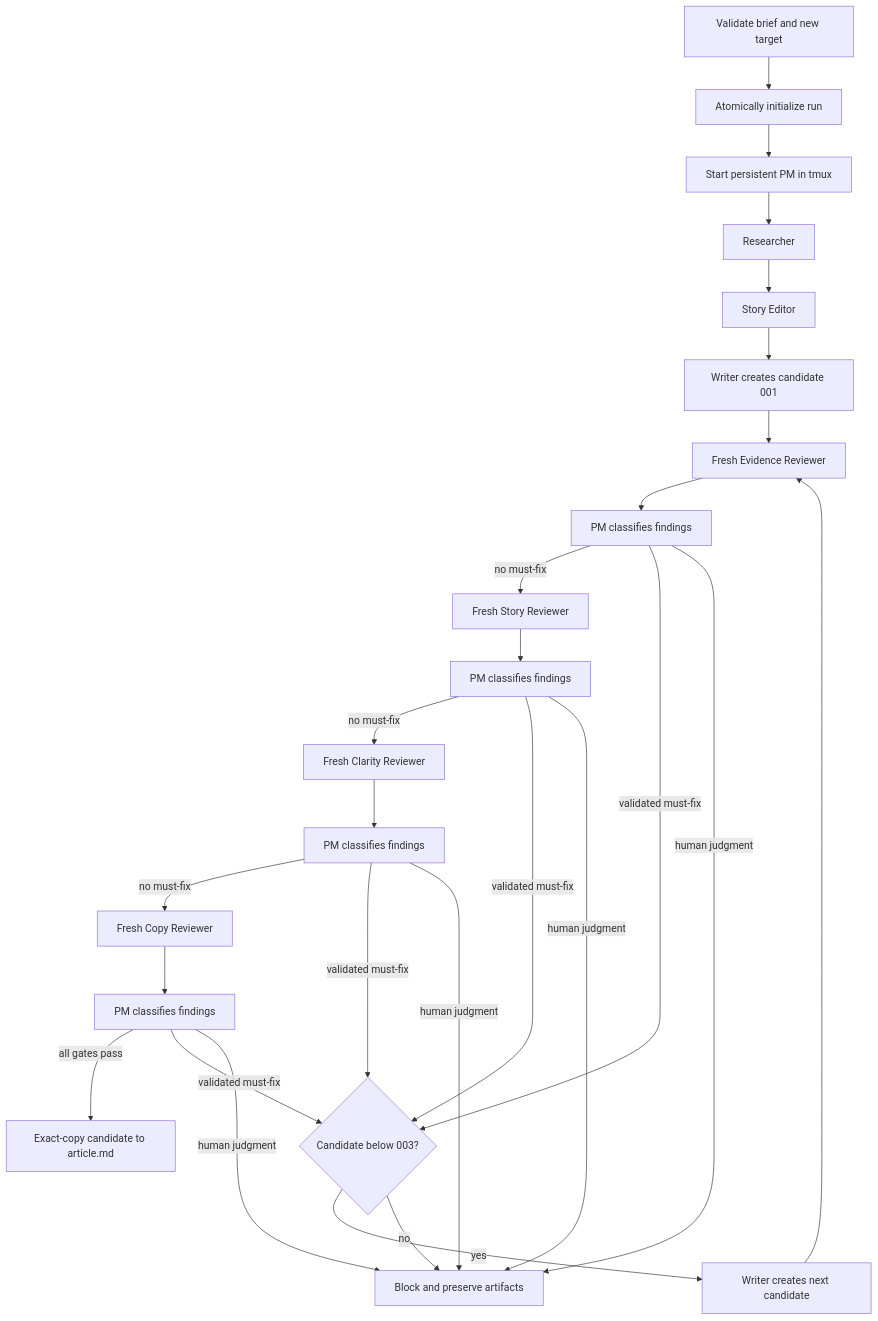
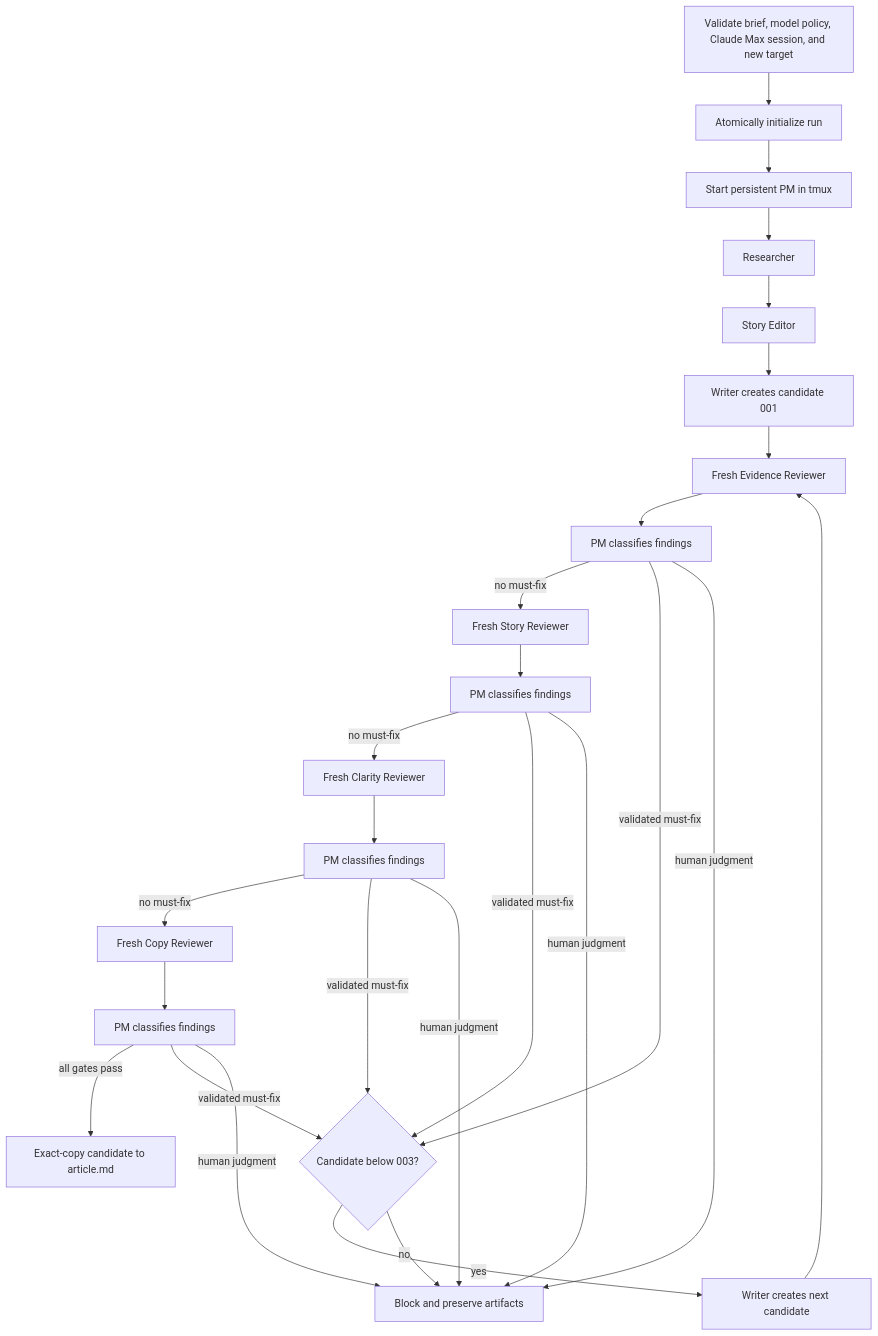
One commit to uuta/write-uuter changed the diagram in docs/workflow.md. Above: the diagram before and after it, drawn with Mermaid. The commit also changed other lines of this file and 132 other files, not shown here.

Commit message:
Configure model policy for every role

````diff
--- a/docs/workflow.md
+++ b/docs/workflow.md
@@ -12,28 +17,28 @@
 ```mermaid
 flowchart TD
-    v[Validate brief and new target] --> i[Atomically initialize run]
+    v[Validate brief, model policy, Claude Max session, and new target] --> i[Atomically initialize run]
     i --> pm[Start persistent PM in tmux]
     pm --> r[Researcher]
     r --> s[Story Editor]
     s --> w[Writer creates candidate 001]
     w --> e[Fresh Evidence Reviewer]
     e --> pe[PM classifies findings]
     pe -->|no must-fix| sr[Fresh Story Reviewer]
     sr --> ps[PM classifies findings]
     ps -->|no must-fix| c[Fresh Clarity Reviewer]
     c --> pc[PM classifies findings]
     pc -->|no must-fix| cp[Fresh Copy Reviewer]
     cp --> pp[PM classifies findings]
     pp -->|all gates pass| f[Exact-copy candidate to article.md]
     pe -->|validated must-fix| b{Candidate below 003?}
     ps -->|validated must-fix| b
     pc -->|validated must-fix| b
     pp -->|validated must-fix| b
     b -->|yes| rw[Writer creates next candidate]
     rw --> e
     b -->|no| blocked[Block and preserve artifacts]
     pe -->|human judgment| blocked
     ps -->|human judgment| blocked
     pc -->|human judgment| blocked
     pp -->|human judgment| blocked
 ```
````
